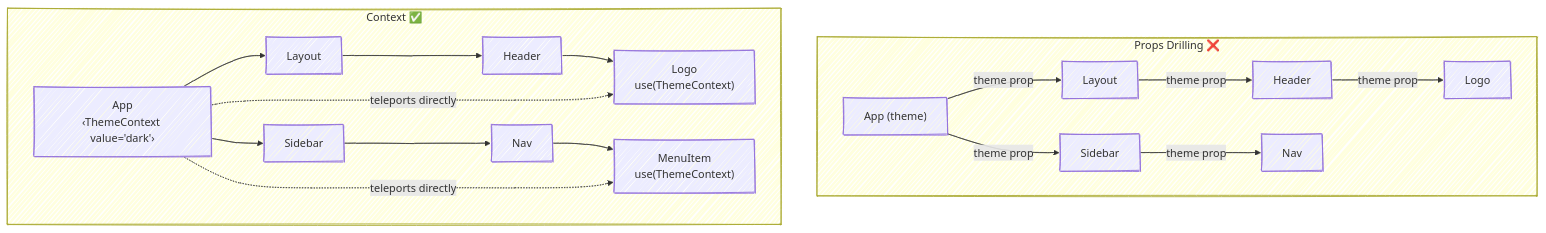
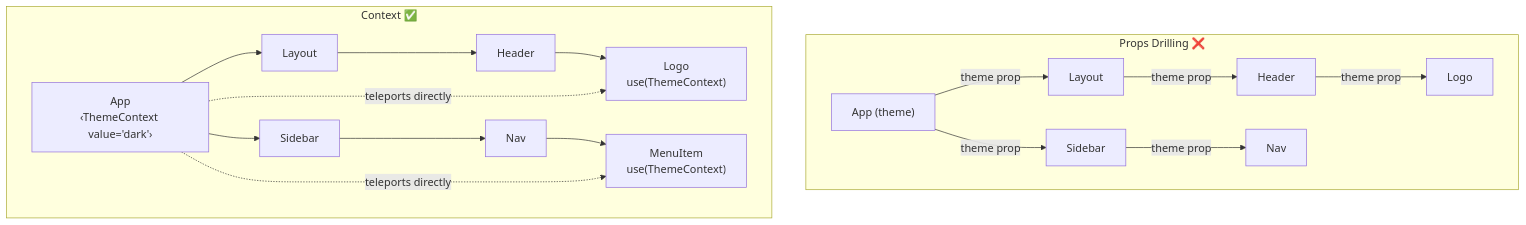
The diagram in chapters/05-context-global-state/CHAPTER.md (bobby-openclaw/react-learning), drawn with Mermaid before and after one commit. The commit also changed 25 other files, not shown here.

First line of the commit message:
docs: replace all ASCII diagrams with Mermaid, remove sketch style

````diff
--- a/chapters/05-context-global-state/CHAPTER.md
+++ b/chapters/05-context-global-state/CHAPTER.md
@@ -39,34 +39,34 @@
 ```mermaid
-%%{init: {'theme': 'default', 'look': 'handDrawn'}}%%
+%%{init: {'theme':'default'}}%%
 graph TD
     subgraph drilling ["Props Drilling ❌"]
         A1["App (theme)"]
         A2[Layout]
         A3[Sidebar]
         A4[Header]
         A5[Nav]
         A6[Logo]
         A1 -- "theme prop" --> A2
         A1 -- "theme prop" --> A3
         A2 -- "theme prop" --> A4
         A3 -- "theme prop" --> A5
         A4 -- "theme prop" --> A6
     end
     subgraph context ["Context ✅"]
-        B1["App\n‹ThemeContext value='dark'›"]
+        B1["App<br/>‹ThemeContext value='dark'›"]
         B2[Layout]
         B3[Sidebar]
         B4[Header]
         B5[Nav]
-        B6["Logo\nuse(ThemeContext)"]
-        B7["MenuItem\nuse(ThemeContext)"]
+        B6["Logo<br/>use(ThemeContext)"]
+        B7["MenuItem<br/>use(ThemeContext)"]
         B1 --> B2
         B1 --> B3
         B2 --> B4
         B3 --> B5
         B4 --> B6
         B5 --> B7
         B1 -. "teleports directly" .-> B6
         B1 -. "teleports directly" .-> B7
     end
 ```
````
